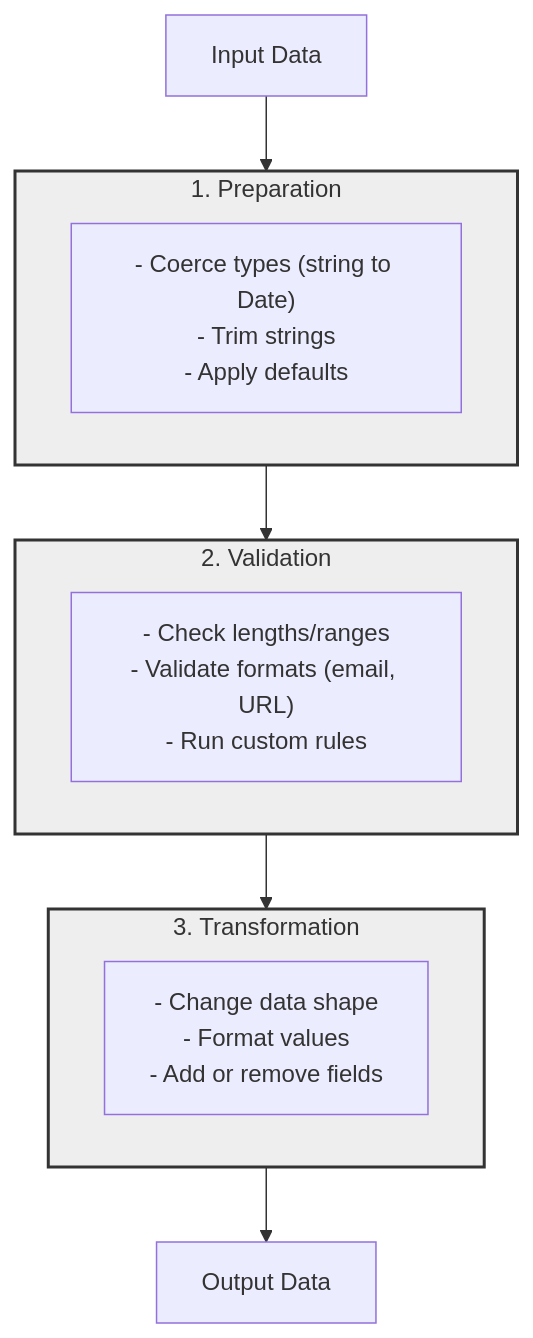
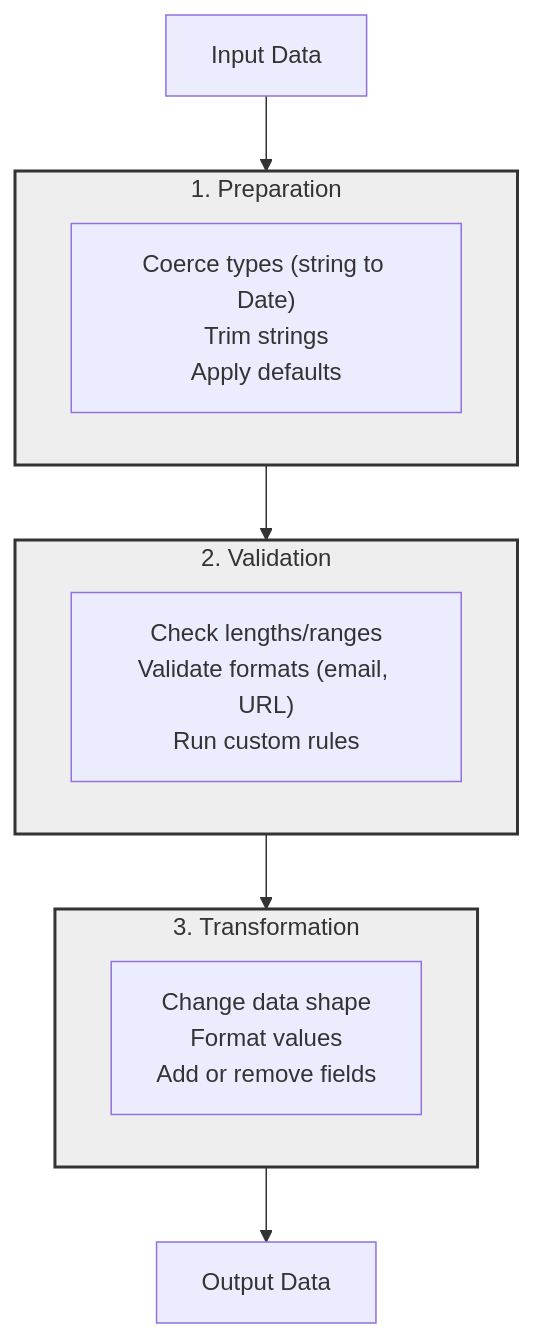
Before and after one commit to Ntropish/s-validator: the diagram in README.md, drawn with Mermaid.

Commit message:
Refactor README.md to remove bullet points from preparation, validation, and transformation sections for improved readability.

````diff
--- a/README.md
+++ b/README.md
@@ -38,22 +38,22 @@
 ```mermaid
 graph TD
     A[Input Data] --> PREPARE;
     PREPARE --> VALIDATE;
     VALIDATE --> TRANSFORM;
     TRANSFORM --> O[Output Data];
 
     subgraph PREPARE [1. Preparation]
-        P1["- Coerce types (string to Date)<br>- Trim strings<br>- Apply defaults"]
+        P1["Coerce types (string to Date)<br>Trim strings<br>Apply defaults"]
     end
 
     subgraph VALIDATE [2. Validation]
-        V1["- Check lengths/ranges<br>- Validate formats (email, URL)<br>- Run custom rules"]
+        V1["Check lengths/ranges<br>Validate formats (email, URL)<br>Run custom rules"]
     end
 
     subgraph TRANSFORM [3. Transformation]
-       T1["- Change data shape<br>- Format values<br>- Add or remove fields"]
+       T1["Change data shape<br>Format values<br>Add or remove fields"]
     end
 
     classDef phase fill:#eee,stroke:#333,stroke-width:2px;
     class PREPARE,VALIDATE,TRANSFORM phase;
 ```
````
